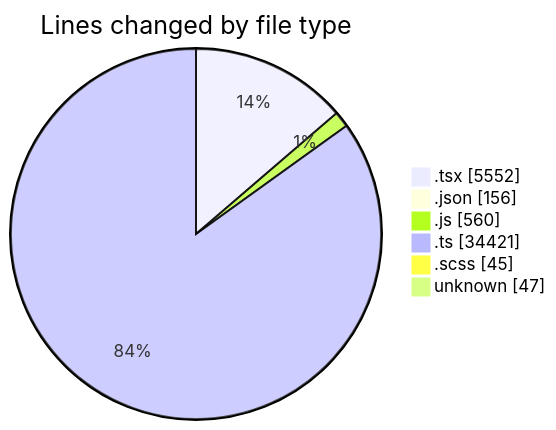
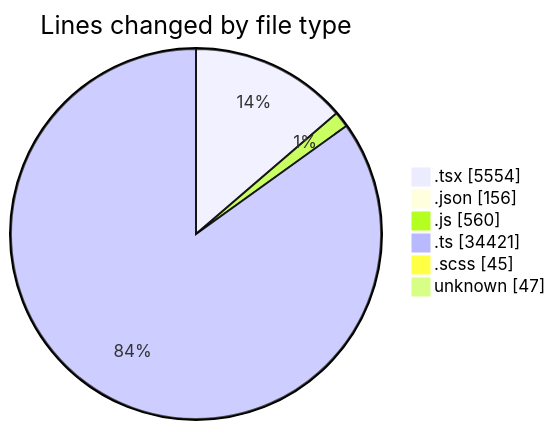
One commit to momahboobian/code-tracking changed the first of 2 diagrams in 2025-11-10/cda/README.md. Above: the diagram before and after it, drawn with Mermaid. The commit also changed other lines of this file and 1 other file, not shown here.

````diff
--- a/2025-11-10/cda/README.md
+++ b/2025-11-10/cda/README.md
@@ -47,10 +47,10 @@
 ```mermaid
 pie showData
 title Lines changed by file type
-".tsx" : 5552
+".tsx" : 5554
 ".json" : 156
 ".js" : 560
 ".ts" : 34421
 ".scss" : 45
 "unknown" : 47
 ```
````
